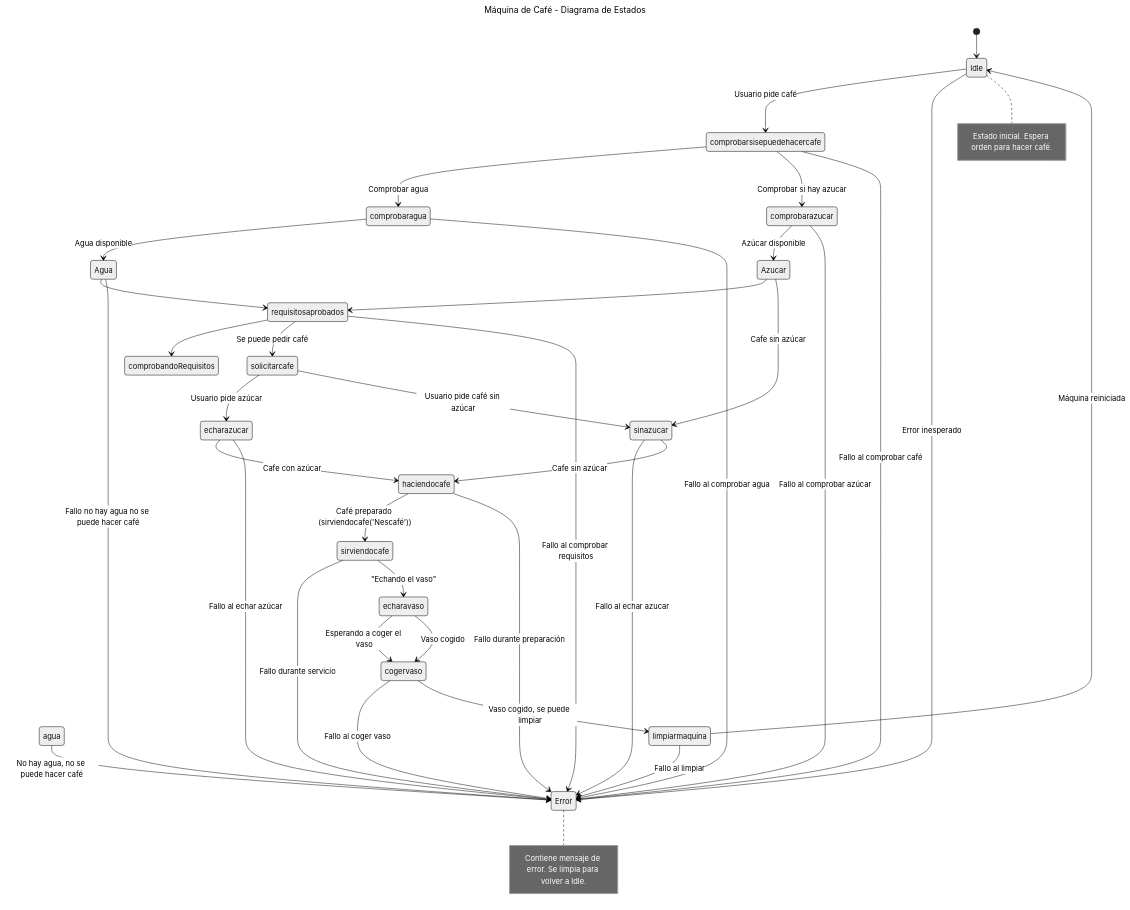
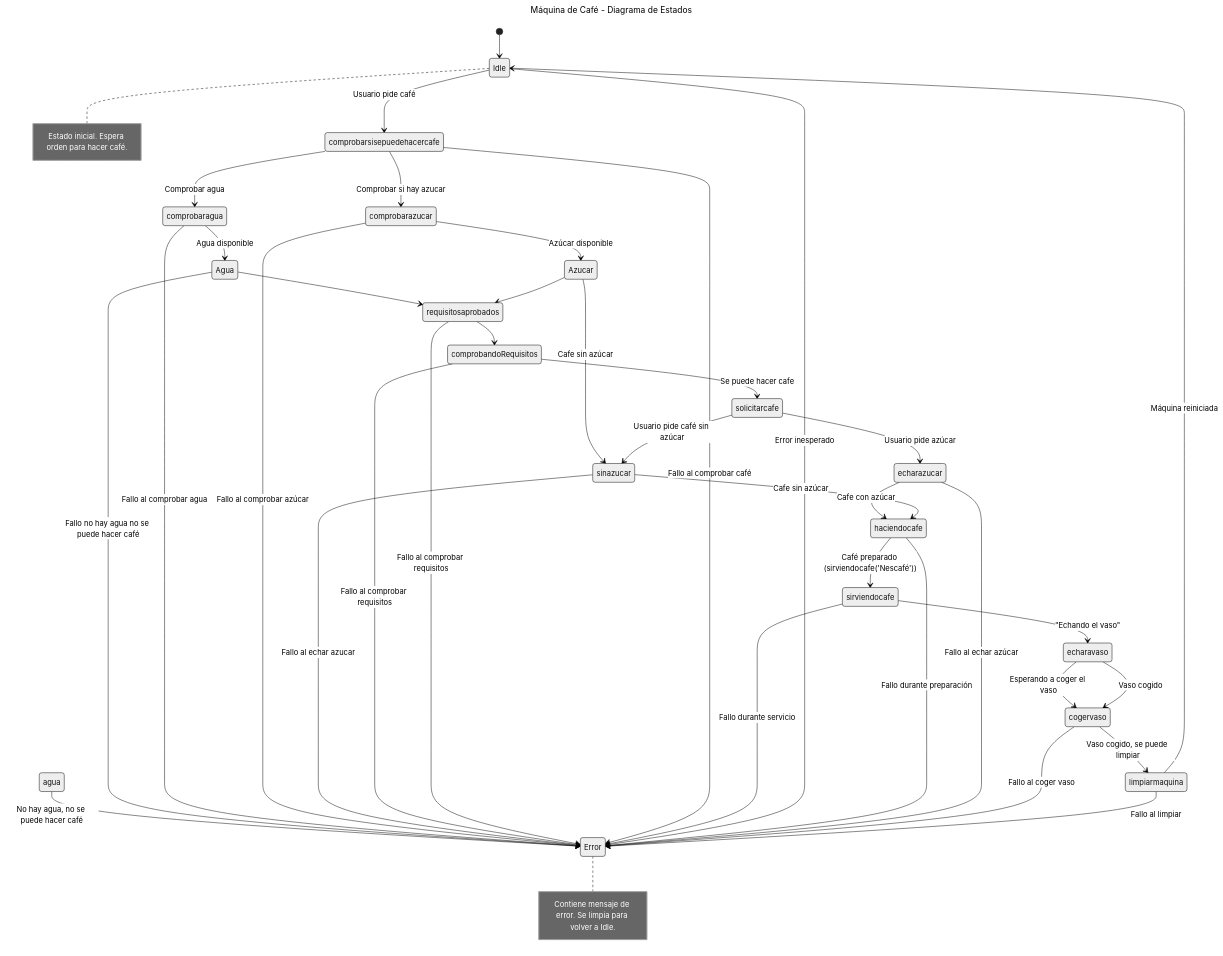
Before and after one commit to shermidagre/PMDM: the diagram in 1trabajo/src/diagrama.mmd, drawn with Mermaid (neutral theme).

Commit message:
random para probar

```diff
--- a/1trabajo/src/diagrama.mmd
+++ b/1trabajo/src/diagrama.mmd
@@ -1,47 +1,48 @@
 ---
 title: Máquina de Café - Diagrama de Estados
 ---
 stateDiagram-v2
 [*] --> Idle
 Idle --> comprobarsisepuedehacercafe: Usuario pide café
 
 comprobarsisepuedehacercafe --> comprobaragua: Comprobar agua
 agua --> Error : No hay agua, no se puede hacer café
 comprobaragua --> Agua: Agua disponible
 Agua --> requisitosaprobados
 Agua --> Error : Fallo no hay agua no se puede hacer café
 comprobaragua --> Error: Fallo al comprobar agua
 
 comprobarsisepuedehacercafe --> comprobarazucar : Comprobar si hay azucar
 comprobarazucar --> Azucar: Azúcar disponible
 comprobarazucar --> Error : Fallo al comprobar azúcar
 Azucar --> requisitosaprobados
 
 requisitosaprobados --> comprobandoRequisitos
 
 Azucar --> sinazucar: Cafe sin azúcar
 sinazucar --> Error : Fallo al echar azucar
 
-requisitosaprobados --> solicitarcafe: Se puede pedir café
+comprobandoRequisitos --> solicitarcafe: Se puede hacer cafe
+comprobandoRequisitos --> Error: Fallo al comprobar requisitos
 requisitosaprobados --> Error: Fallo al comprobar requisitos
 
 comprobarsisepuedehacercafe --> Error: Fallo al comprobar café
 solicitarcafe --> echarazucar: Usuario pide azúcar
 solicitarcafe --> sinazucar: Usuario pide café sin azúcar
 echarazucar --> haciendocafe: Cafe con azúcar
 sinazucar --> haciendocafe: Cafe sin azúcar
 
 haciendocafe --> sirviendocafe: Café preparado (sirviendocafe('Nescafé'))
 sirviendocafe --> Error: Fallo durante servicio
 Idle --> Error: Error inesperado
 haciendocafe --> Error: Fallo durante preparación
 echarazucar --> Error: Fallo al echar azúcar
 sirviendocafe --> echaravaso: "Echando el vaso"
 echaravaso --> cogervaso: Esperando a coger el vaso
 cogervaso --> Error: Fallo al coger vaso
 echaravaso --> cogervaso: Vaso cogido
 cogervaso --> limpiarmaquina:  Vaso cogido, se puede limpiar
 limpiarmaquina --> Idle: Máquina reiniciada
 limpiarmaquina --> Error: Fallo al limpiar
 note right of Idle: Estado inicial. Espera orden para hacer café.
 note right of Error: Contiene mensaje de error. Se limpia para volver a Idle.
```
